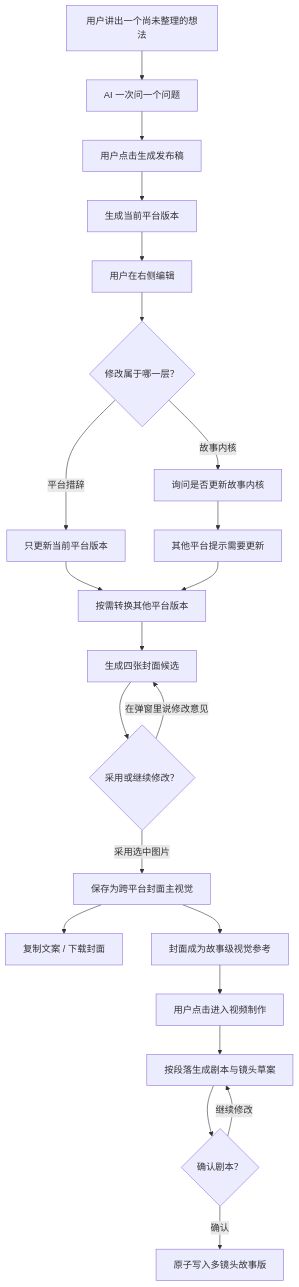
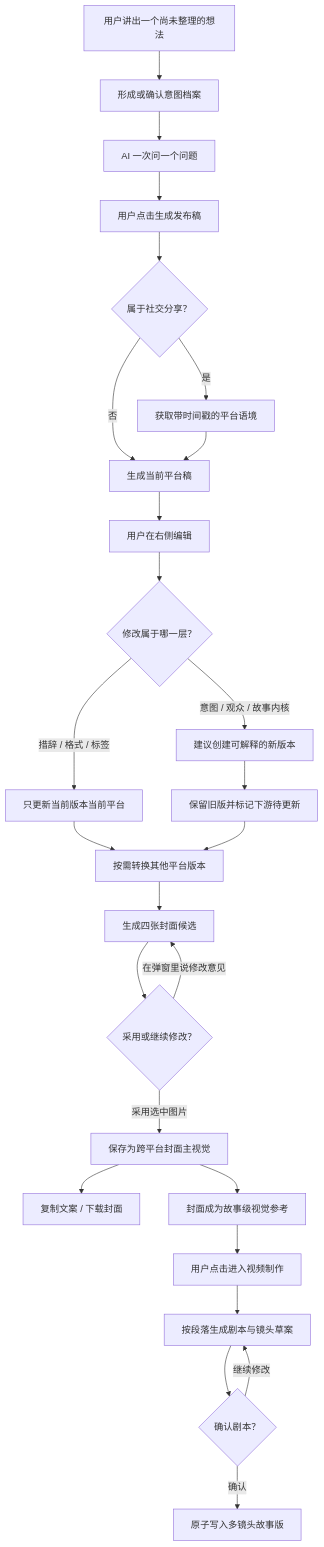
The diagram in docs/brainstorms/2026-08-05-publishing-draft-workspace-requirements.md (mountionzeng/Drinking-Time), drawn with Mermaid before and after one commit. The commit also changed other lines of this file and 77 other files, not shown here.

````diff
--- a/docs/brainstorms/2026-08-05-publishing-draft-workspace-requirements.md
+++ b/docs/brainstorms/2026-08-05-publishing-draft-workspace-requirements.md
@@ -25,24 +30,28 @@
 ```mermaid
 flowchart TB
-    A["用户讲出一个尚未整理的想法"] --> B["AI 一次问一个问题"]
+    A["用户讲出一个尚未整理的想法"] --> A1["形成或确认意图档案"]
+    A1 --> B["AI 一次问一个问题"]
     B --> C["用户点击生成发布稿"]
-    C --> D["生成当前平台版本"]
+    C --> T{"属于社交分享？"}
+    T -->|"是"| U["获取带时间戳的平台语境"]
+    T -->|"否"| D["生成当前平台稿"]
+    U --> D
     D --> E["用户在右侧编辑"]
     E --> F{"修改属于哪一层？"}
-    F -->|"平台措辞"| G["只更新当前平台版本"]
-    F -->|"故事内核"| H["询问是否更新故事内核"]
-    H --> I["其他平台提示需要更新"]
+    F -->|"措辞 / 格式 / 标签"| G["只更新当前版本当前平台"]
+    F -->|"意图 / 观众 / 故事内核"| H["建议创建可解释的新版本"]
+    H --> I["保留旧版并标记下游待更新"]
     G --> J["按需转换其他平台版本"]
     I --> J
     J --> K["生成四张封面候选"]
     K --> P{"采用或继续修改？"}
     P -->|"在弹窗里说修改意见"| K
     P -->|"采用选中图片"| L["保存为跨平台封面主视觉"]
     L --> Q["复制文案 / 下载封面"]
     L --> M["封面成为故事级视觉参考"]
     M --> N["用户点击进入视频制作"]
     N --> O["按段落生成剧本与镜头草案"]
     O --> R{"确认剧本？"}
     R -->|"继续修改"| O
     R -->|"确认"| S["原子写入多镜头故事版"]
 ```
````
